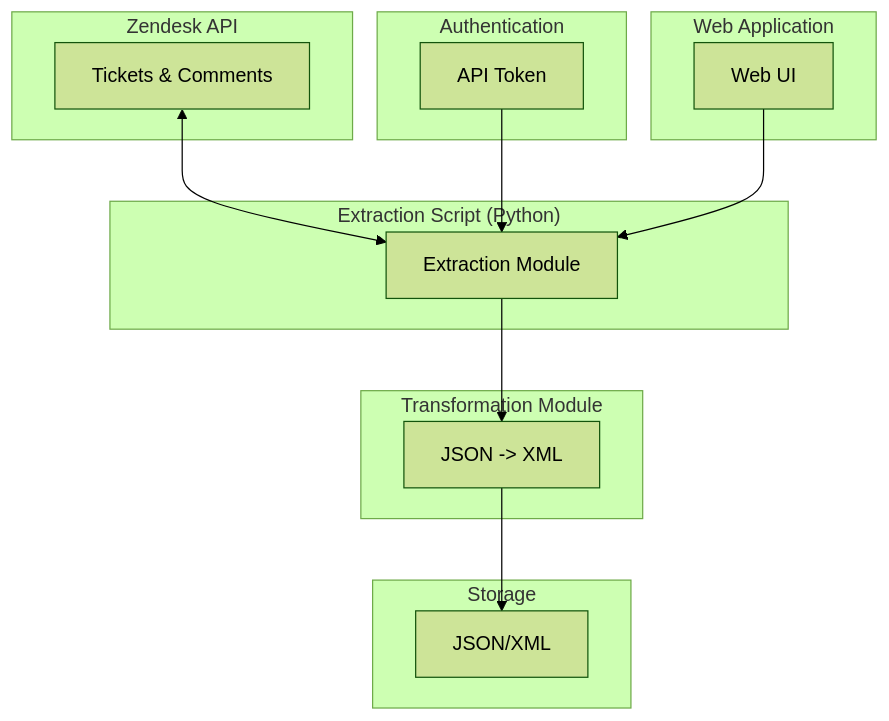
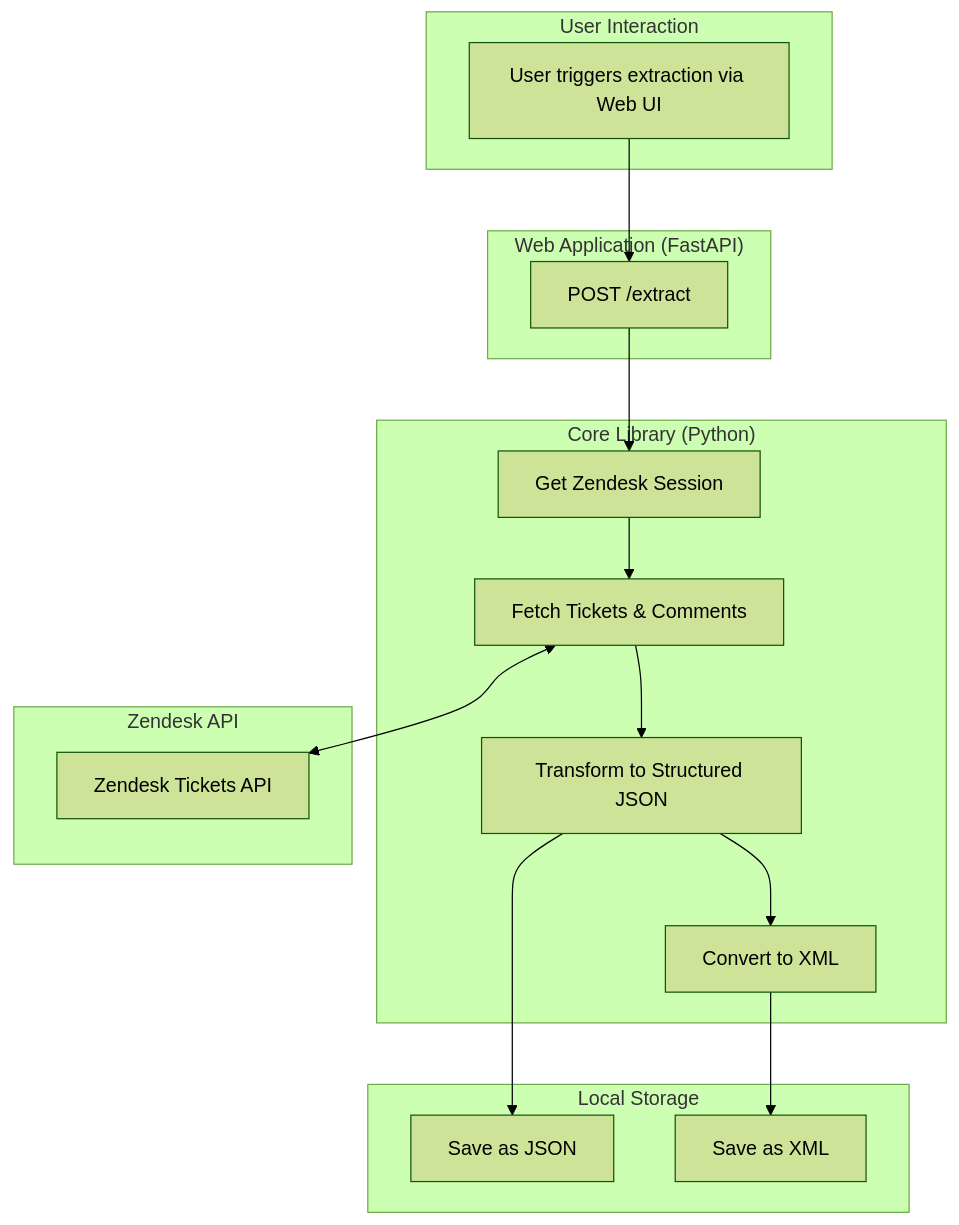
The second of 2 diagrams in README.md (overeazyio/zendeskzen), drawn with Mermaid (forest theme) before and after one commit. The commit also changed other lines of this file, not shown here.

````diff
--- a/README.md
+++ b/README.md
@@ -33,32 +88,35 @@
 ```mermaid
 graph TD
-    subgraph "Zendesk API"
-        A[Tickets & Comments]
+    subgraph "User Interaction"
+        A[User triggers extraction via Web UI]
     end
 
-    subgraph "Extraction Script (Python)"
-        B[Extraction Module]
+    subgraph "Web Application (FastAPI)"
+        B[POST /extract]
     end
 
-    subgraph "Transformation Module"
-        C[JSON -> XML]
+    subgraph "Core Library (Python)"
+        C[Get Zendesk Session]
+        D[Fetch Tickets & Comments]
+        E[Transform to Structured JSON]
+        F[Convert to XML]
     end
 
-    subgraph "Storage"
-        D[JSON/XML]
+    subgraph "Zendesk API"
+        G[Zendesk Tickets API]
     end
 
-    subgraph "Authentication"
-        E[API Token]
+    subgraph "Local Storage"
+        H[Save as JSON]
+        I[Save as XML]
     end
 
-    subgraph "Web Application"
-        F[Web UI]
-    end
-
-    A <--> B
-    B --> C
-    C --> D
-    E --> B
-    F --> B
+    A --> B;
+    B --> C;
+    C --> D;
+    D <--> G;
+    D --> E;
+    E --> F;
+    E --> H;
+    F --> I;
 ```
````
